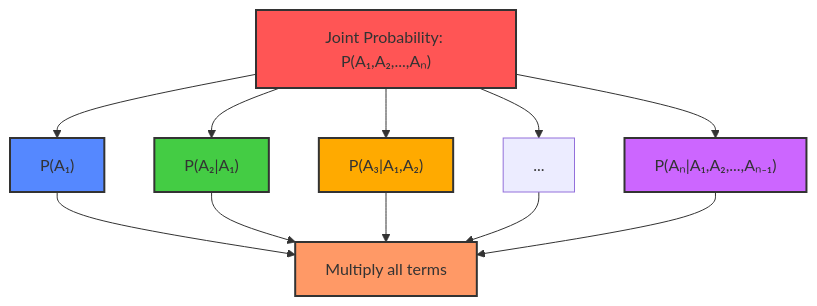
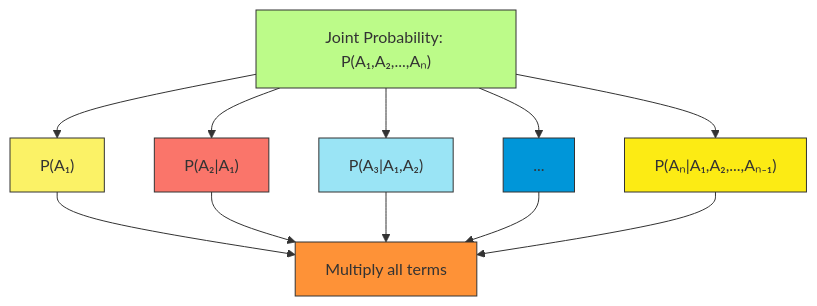
The ninth of 23 diagrams in C_2.md (Chaklader/part-of-speech-tagging), drawn with Mermaid before and after one commit. The commit also changed other lines of this file, not shown here.

````diff
--- a/C_2.md
+++ b/C_2.md
@@ -561,15 +576,18 @@
 ```mermaid
 flowchart TD
     A["Joint Probability: P(A₁,A₂,...,Aₙ)"] --> B["P(A₁)"]
     A --> C["P(A₂|A₁)"]
     A --> D["P(A₃|A₁,A₂)"]
     A --> E["..."]
     A --> F["P(Aₙ|A₁,A₂,...,Aₙ₋₁)"]
     B & C & D & E & F --> G["Multiply all terms"]
-    style A fill:#ff5555,stroke:#333,stroke-width:2px
-    style B fill:#5588ff,stroke:#333,stroke-width:2px
-    style C fill:#44cc44,stroke:#333,stroke-width:2px
-    style D fill:#ffaa00,stroke:#333,stroke-width:2px
-    style F fill:#cc66ff,stroke:#333,stroke-width:2px
-    style G fill:#ff9966,stroke:#333,stroke-width:2px
+
+
+style A fill:#BCFB89,stroke:#333,stroke-width:1px
+  style B fill:#FBF266,stroke:#333,stroke-width:1px
+  style C fill:#FA756A,stroke:#333,stroke-width:1px
+  style D fill:#9AE4F5,stroke:#333,stroke-width:1px
+  style E fill:#0096D9,stroke:#333,stroke-width:1px
+  style F fill:#FCEB14,stroke:#333,stroke-width:1px
+  style G fill:#FE9237,stroke:#333,stroke-width:1px
 ```
````
